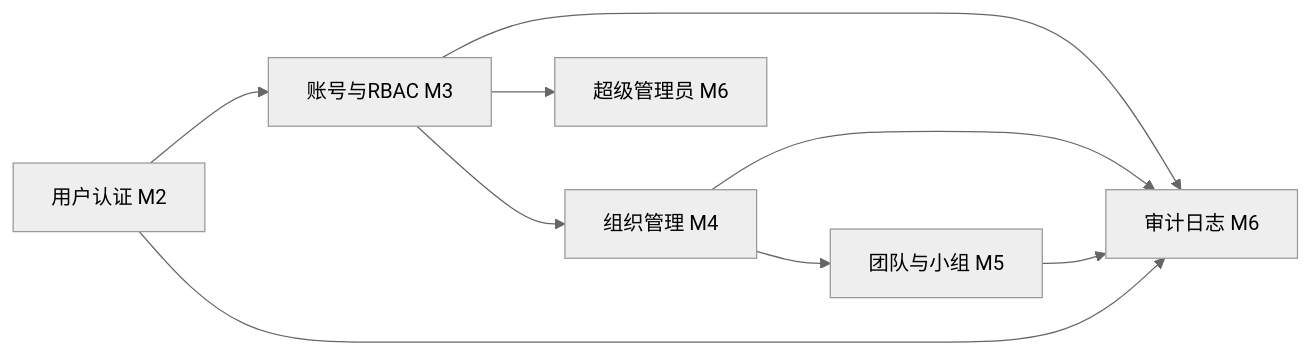
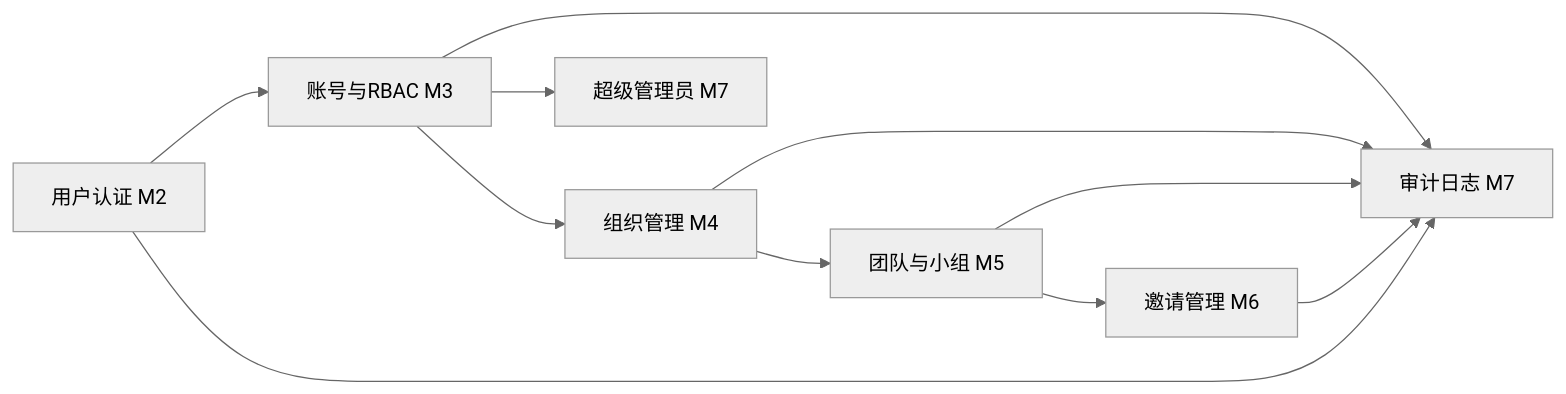
Before and after one commit to huangsf89757/XYFamily: the first of 2 diagrams in wiki/01-项目总览/03-里程碑/01-多租户底座/多租户底座.md, drawn with Mermaid (neutral theme). The commit also changed other lines of this file and 33 other files, not shown here.

````diff
--- a/wiki/01-项目总览/03-里程碑/01-多租户底座/多租户底座.md
+++ b/wiki/01-项目总览/03-里程碑/01-多租户底座/多租户底座.md
@@ -59,11 +60,13 @@
 ```mermaid
 flowchart LR
     AUTH[用户认证 M2] --> PERM[账号与RBAC M3]
     PERM --> ORG[组织管理 M4]
     ORG --> TEAM[团队与小组 M5]
-    PERM --> ADMIN[超级管理员 M6]
-    PERM --> AUDIT[审计日志 M6]
+    TEAM --> INVITE[邀请管理 M6]
+    PERM --> ADMIN[超级管理员 M7]
+    PERM --> AUDIT[审计日志 M7]
     ORG --> AUDIT
     TEAM --> AUDIT
+    INVITE --> AUDIT
     AUTH --> AUDIT
 ```
````
